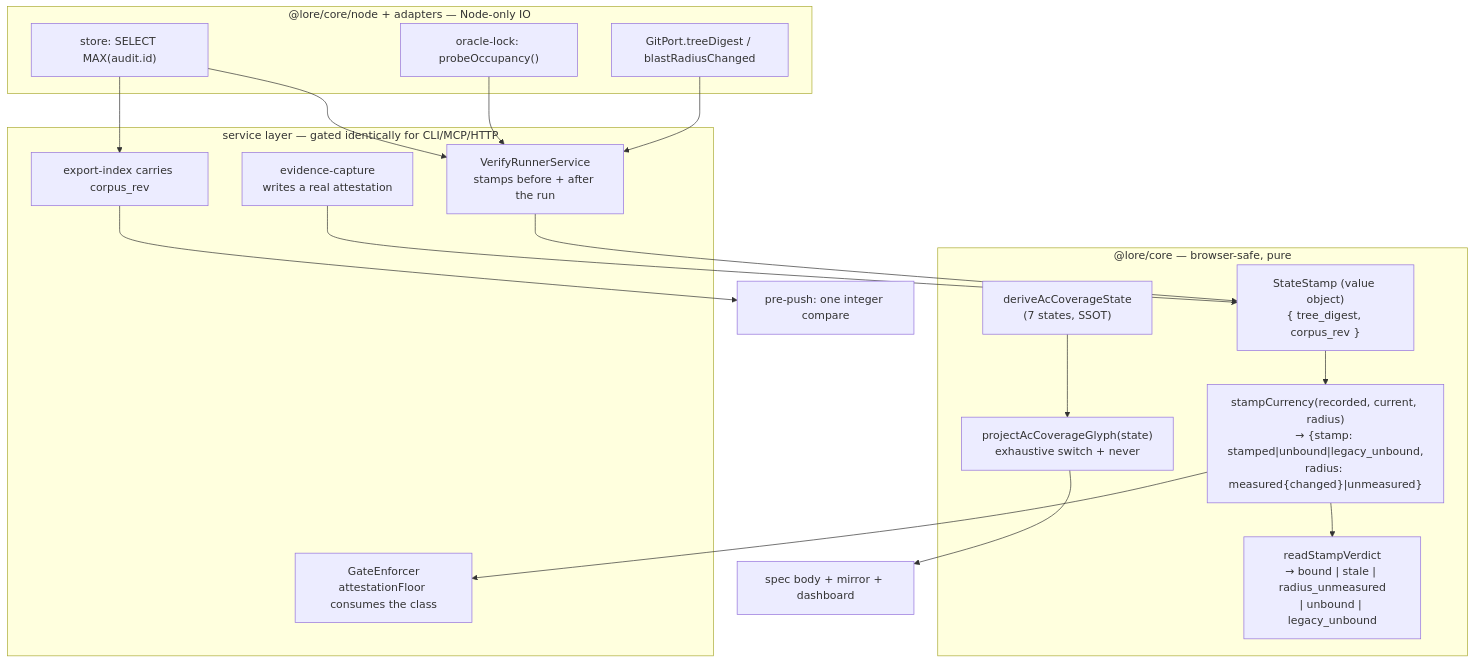
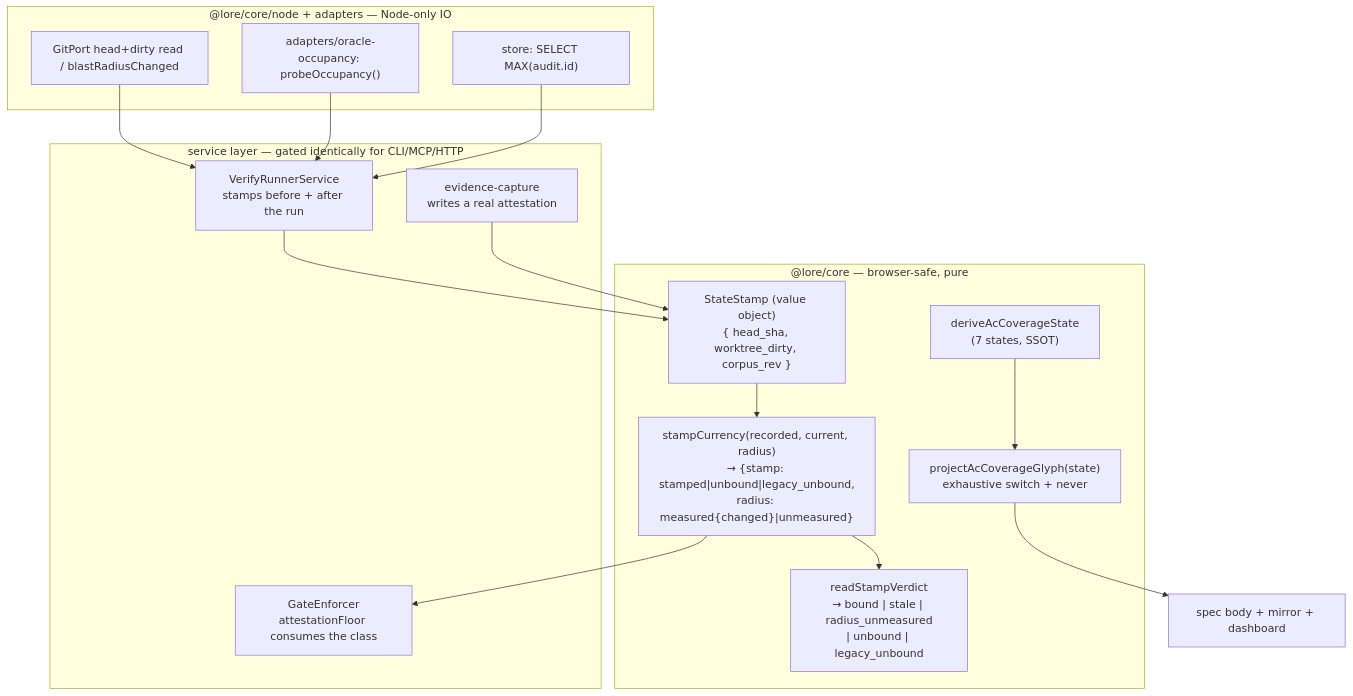
The first of 2 diagrams in docs/requirements/spec/SPEC-143-corpus-truthfulness-a-verdict-must-carry-the-state.md (daniel1zz/lore), drawn with Mermaid before and after one commit. The commit also changed other lines of this file and 47 other files, not shown here.

Commit message:
chore(mirror): export after CT and test-governance corpus edits (check:spec-mirror exit 0)

````diff
--- a/docs/requirements/spec/SPEC-143-corpus-truthfulness-a-verdict-must-carry-the-state.md
+++ b/docs/requirements/spec/SPEC-143-corpus-truthfulness-a-verdict-must-carry-the-state.md
@@ -107,36 +109,33 @@
 ```mermaid
 flowchart TB
   subgraph core["@lore/core — browser-safe, pure"]
-    SS["StateStamp (value object)<br/>{ tree_digest, corpus_rev }"]
+    SS["StateStamp (value object)<br/>{ head_sha, worktree_dirty, corpus_rev }"]
     SC["stampCurrency(recorded, current, radius)<br/>→ {stamp: stamped|unbound|legacy_unbound,<br/>radius: measured{changed}|unmeasured}"]
     RV["readStampVerdict<br/>→ bound | stale | radius_unmeasured<br/>| unbound | legacy_unbound"]
     SC --> RV
     DS["deriveAcCoverageState<br/>(7 states, SSOT)"]
     PG["projectAcCoverageGlyph(state)<br/>exhaustive switch + never"]
   end
 
   subgraph node["@lore/core/node + adapters — Node-only IO"]
-    GP["GitPort.treeDigest / blastRadiusChanged"]
-    OL["oracle-lock: probeOccupancy()"]
+    GP["GitPort head+dirty read / blastRadiusChanged"]
+    OL["adapters/oracle-occupancy: probeOccupancy()"]
     AR["store: SELECT MAX(audit.id)"]
   end
 
   subgraph svc["service layer — gated identically for CLI/MCP/HTTP"]
     VR["VerifyRunnerService<br/>stamps before + after the run"]
     EC["evidence-capture<br/>writes a real attestation"]
     GE["GateEnforcer<br/>attestationFloor consumes the class"]
-    EX["export-index carries corpus_rev"]
   end
 
   GP --> VR
   OL --> VR
   AR --> VR
   VR --> SS
   SS --> SC
   SC --> GE
   DS --> PG
   PG --> OUT["spec body + mirror + dashboard"]
   EC --> SS
-  AR --> EX
-  EX --> PP["pre-push: one integer compare"]
 ```
````
